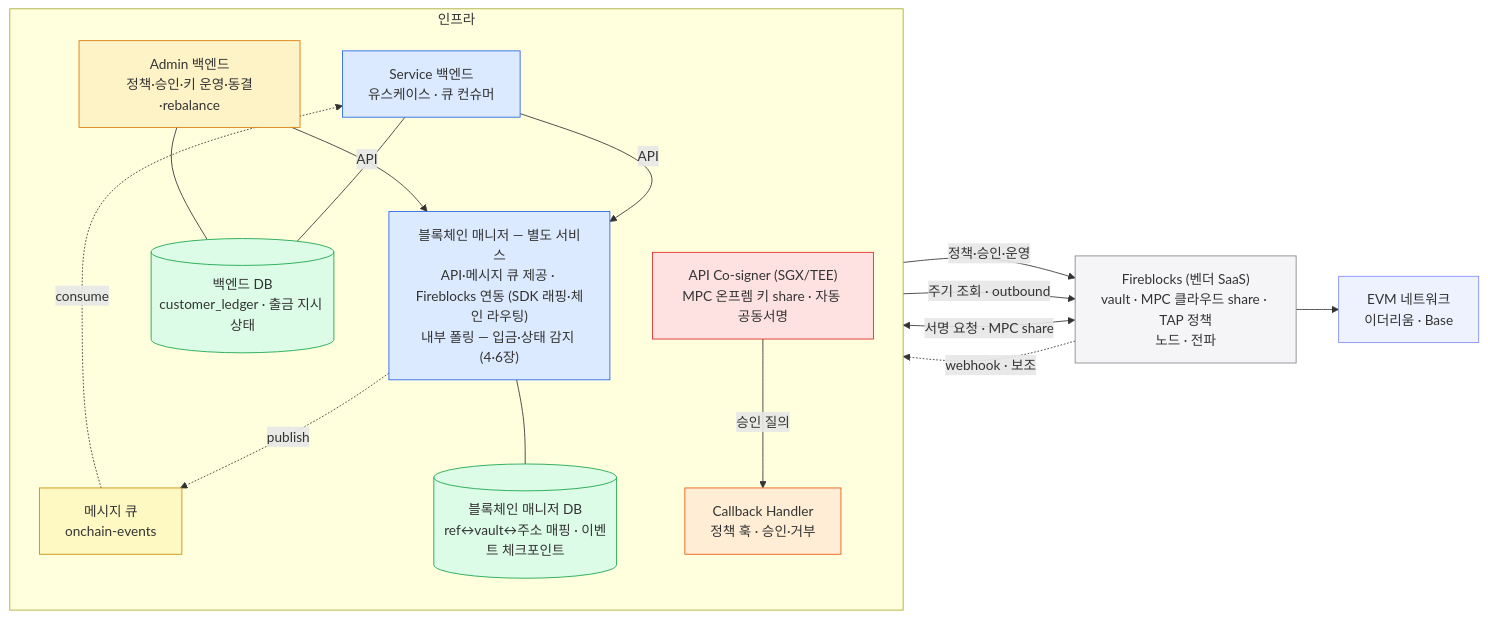
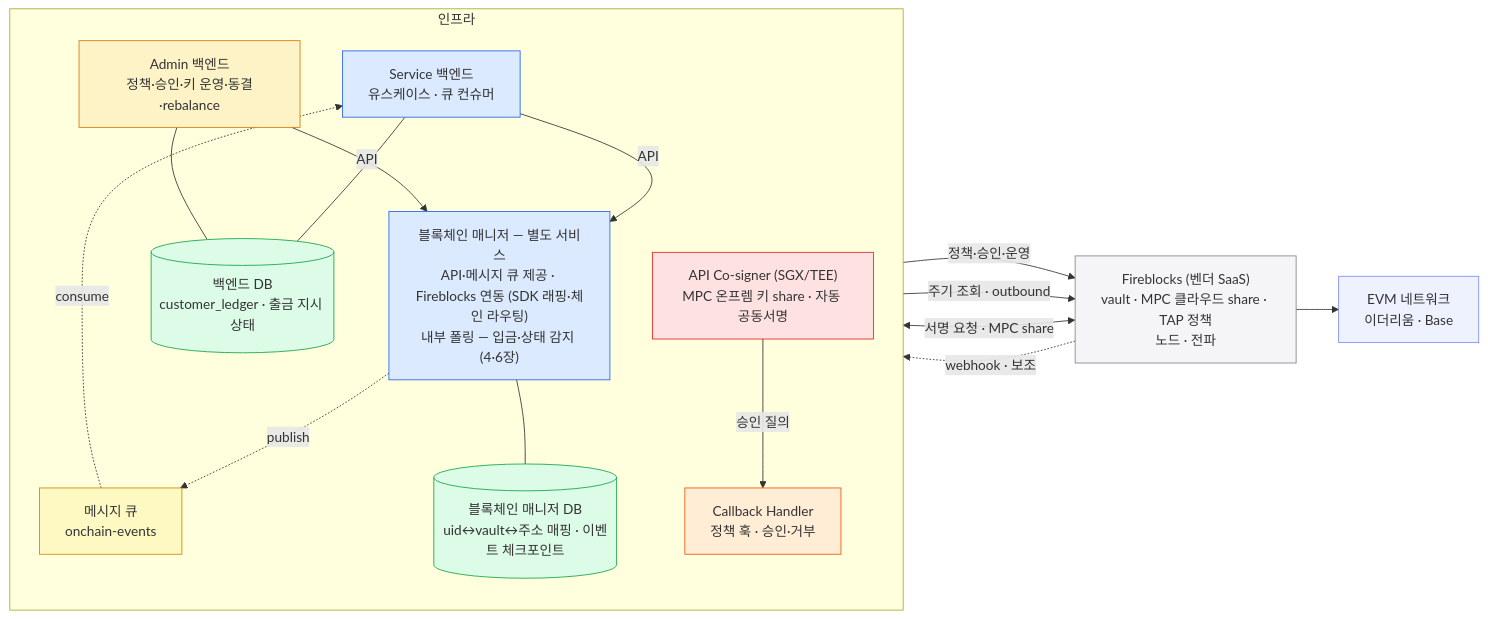
One commit to eunsujeo/eunpus changed the second of 2 diagrams in blockchain-manager/docs/블록체인매니저/설계/00-cast.md. Above: the diagram before and after it, drawn with Mermaid. The commit also changed 2 other files, not shown here.

Commit message:
1장 리뷰 반영: ref→uid, → 리턴, "체인과 무관" 제거, 중복방어 절 축약
- createAccount 파라미터·매핑 식별자 ref → uid (00·09 DB 노드 라벨도 일관 반영)
- 시그니처의 → 를 "리턴" 으로
- 카드 리드에서 "체인과 무관한" 제거 (헤딩 EVM 공통과 중복)
- 재시도·중복 방어 3불릿 → 2불릿으로 축약

````diff
--- a/blockchain-manager/docs/블록체인매니저/설계/00-cast.md
+++ b/blockchain-manager/docs/블록체인매니저/설계/00-cast.md
@@ -50,40 +50,40 @@
 ```mermaid
 flowchart LR
     subgraph OUR["인프라"]
       direction TB
       SVCBE["Service 백엔드<br/>유스케이스 · 큐 컨슈머"]
       ADMBE["Admin 백엔드<br/>정책·승인·키 운영·동결·rebalance"]
       BM["블록체인 매니저 — 별도 서비스<br/>API·메시지 큐 제공 · Fireblocks 연동 (SDK 래핑·체인 라우팅)<br/>내부 폴링 — 입금·상태 감지 (4·6장)"]
       MQ["메시지 큐<br/>onchain-events"]
       BDB[("백엔드 DB<br/>customer_ledger · 출금 지시 상태")]
-      MDB[("블록체인 매니저 DB<br/>ref↔vault↔주소 매핑 · 이벤트 체크포인트")]
+      MDB[("블록체인 매니저 DB<br/>uid↔vault↔주소 매핑 · 이벤트 체크포인트")]
       COS["API Co-signer (SGX/TEE)<br/>MPC 온프렘 키 share · 자동 공동서명"]
       CB["Callback Handler<br/>정책 훅 · 승인·거부"]
     end
     FBV["Fireblocks (벤더 SaaS)<br/>vault · MPC 클라우드 share · TAP 정책<br/>노드 · 전파"]
     EVM["EVM 네트워크<br/>이더리움 · Base"]
 
     SVCBE -->|API| BM
     ADMBE -->|API| BM
     BM -.->|publish| MQ
     MQ -.->|consume| SVCBE
     ADMBE -->|정책·승인·운영| FBV
     SVCBE --- BDB
     ADMBE --- BDB
     BM --- MDB
     FBV <-->|서명 요청 · MPC share| COS
     COS -->|승인 질의| CB
     BM -->|주기 조회 · outbound| FBV
     FBV -.->|webhook · 보조| BM
     FBV --> EVM
 
     classDef svc fill:#dbeafe,stroke:#2563eb;
     classDef adm fill:#fef3c7,stroke:#d97706;
     classDef sec fill:#fee2e2,stroke:#dc2626;
     classDef data fill:#dcfce7,stroke:#16a34a;
     classDef vendor fill:#f5f5f7,stroke:#86868b;
     classDef ext fill:#eef2ff,stroke:#818cf8;
     classDef policy fill:#ffedd5,stroke:#ea580c;
     classDef mq fill:#fef9c3,stroke:#ca8a04;
     class SVCBE,BM svc; class ADMBE adm; class COS sec; class CB policy; class BDB,MDB data; class FBV vendor; class EVM ext; class MQ mq;
 ```
````
